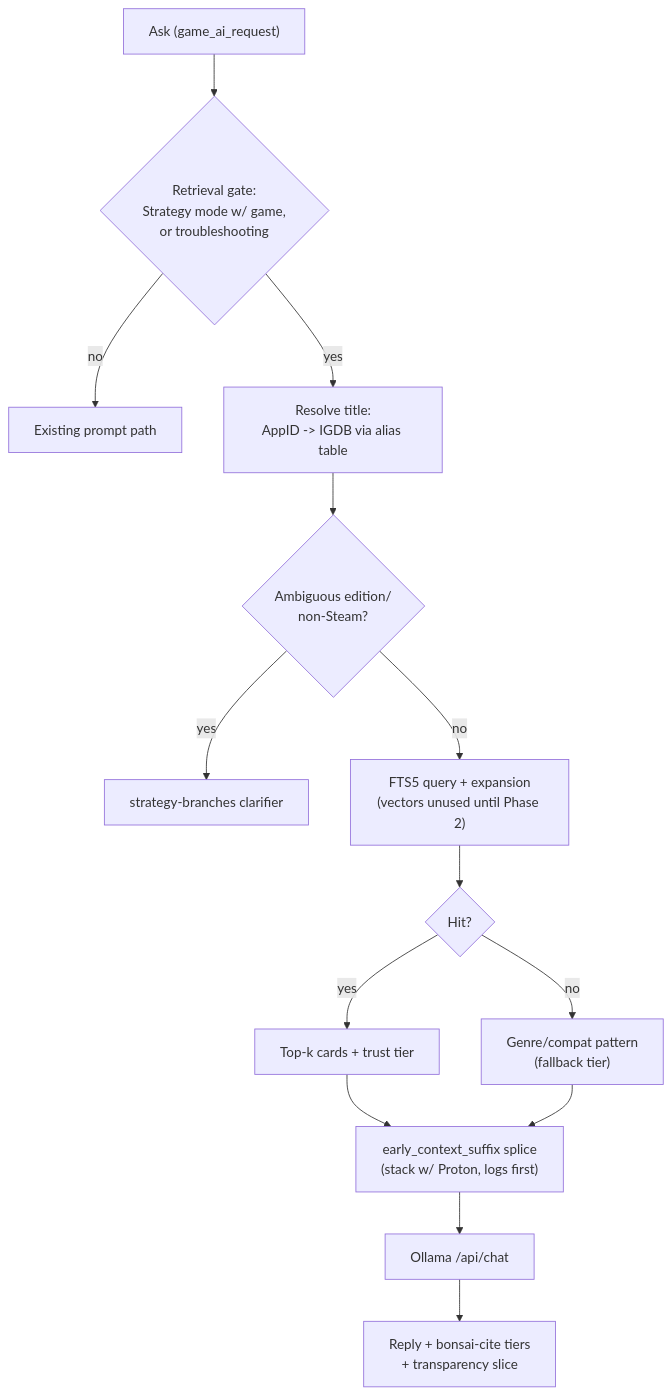
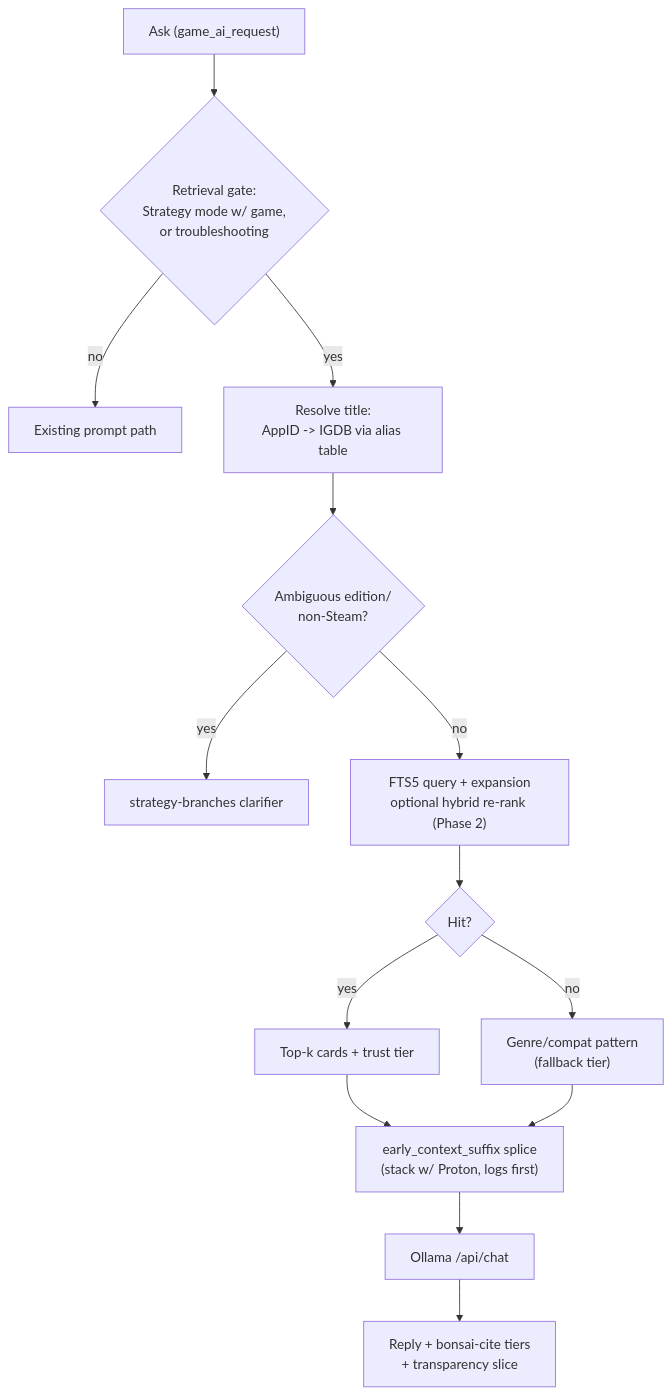
The diagram in docs/knowledge-base.md (cantcurecancer/bonsAI), drawn with Mermaid before and after one commit. The commit also changed other lines of this file and 22 other files, not shown here.

First line of the commit message:
Ship RAG Phase 2 hybrid retrieval for Strategy Asks.

````diff
--- a/docs/knowledge-base.md
+++ b/docs/knowledge-base.md
@@ -11,16 +11,16 @@
 ```mermaid
 flowchart TD
   ask["Ask (game_ai_request)"] --> gate{"Retrieval gate:<br/>Strategy mode w/ game,<br/>or troubleshooting"}
   gate -->|no| passthrough["Existing prompt path"]
   gate -->|yes| resolve["Resolve title:<br/>AppID -> IGDB via alias table"]
   resolve --> ambiguous{"Ambiguous edition/<br/>non-Steam?"}
   ambiguous -->|yes| clarifier["strategy-branches clarifier"]
-  ambiguous -->|no| retrieve["FTS5 query + expansion<br/>(vectors unused until Phase 2)"]
+  ambiguous -->|no| retrieve["FTS5 query + expansion<br/>optional hybrid re-rank (Phase 2)"]
   retrieve --> hit{"Hit?"}
   hit -->|yes| cards["Top-k cards + trust tier"]
   hit -->|no| genre["Genre/compat pattern<br/>(fallback tier)"]
   cards --> splice["early_context_suffix splice<br/>(stack w/ Proton, logs first)"]
   genre --> splice
   splice --> model["Ollama /api/chat"]
   model --> reply["Reply + bonsai-cite tiers<br/>+ transparency slice"]
 ```
````
